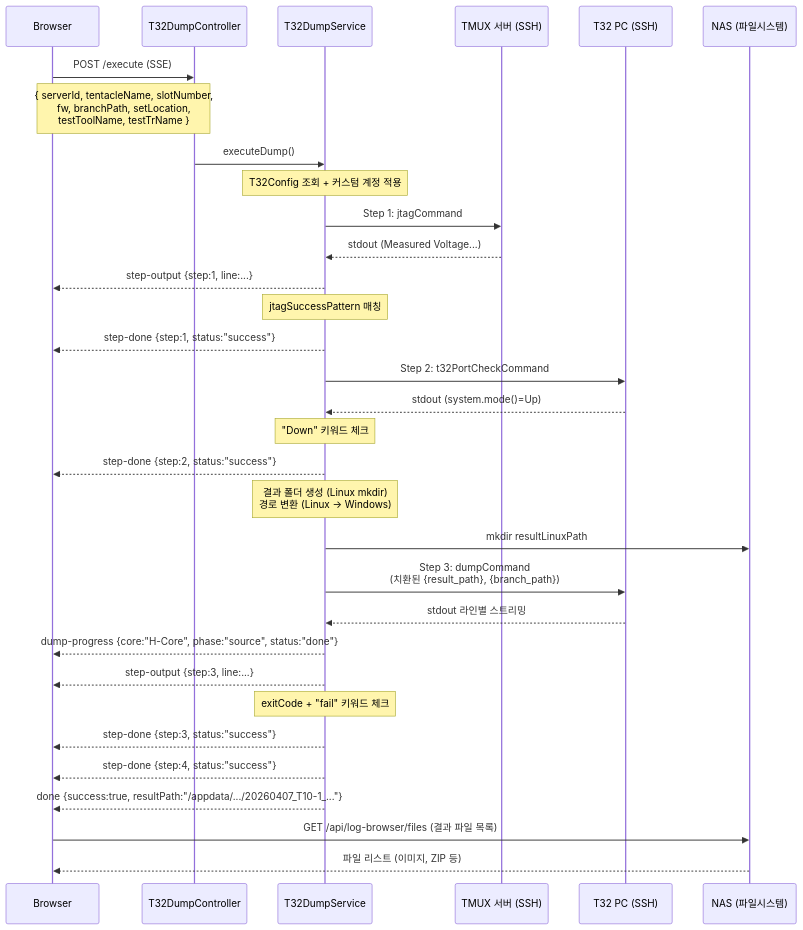
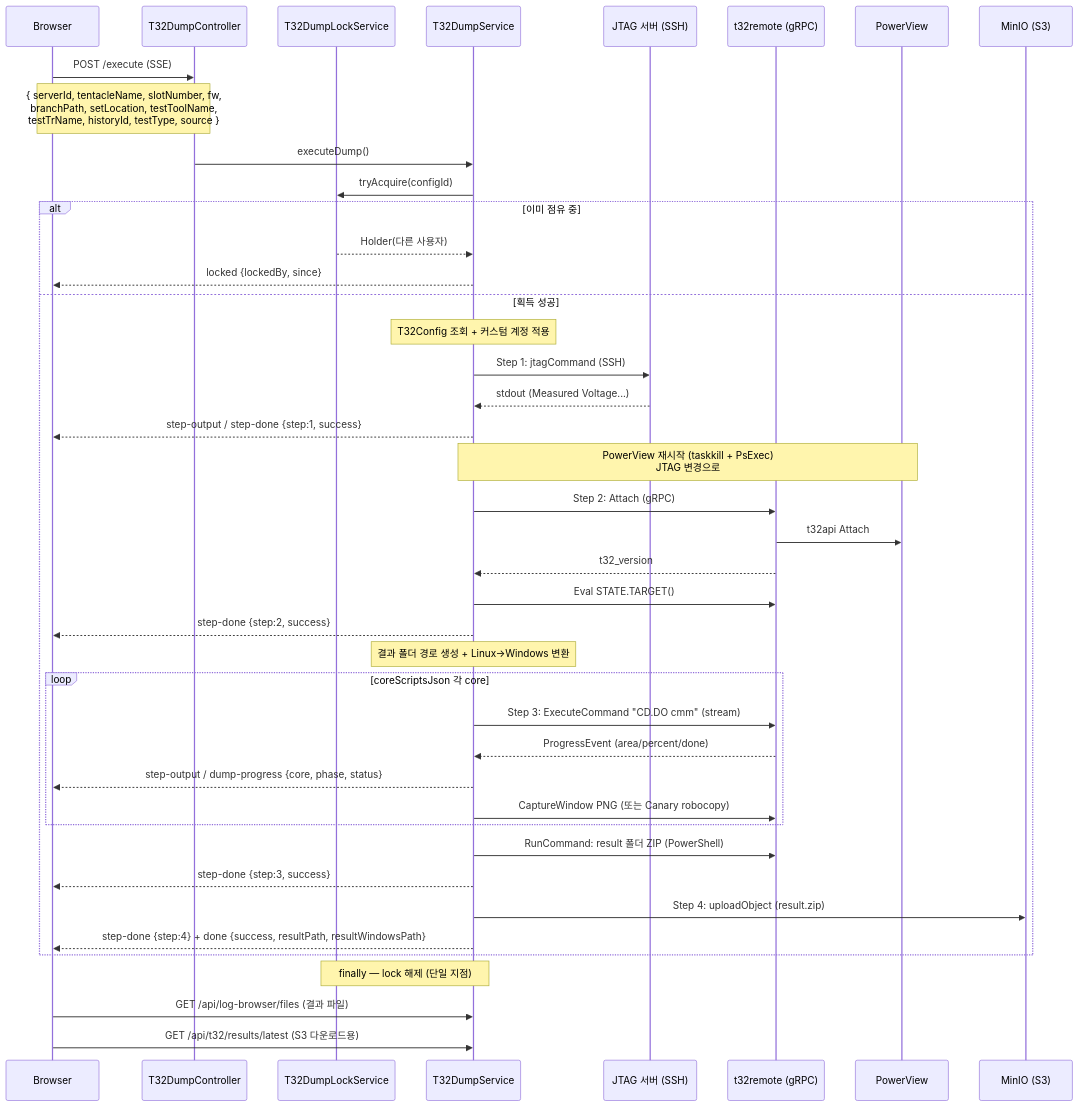
One commit to kakaromo/kakaromo.github.io changed the fourth of 4 diagrams in src/content/docs/architecture/t32-dump.md. Above: the diagram before and after it, drawn with Mermaid. The commit also changed other lines of this file and 2 other files, not shown here.

First line of the commit message:
docs: T32 비-learn 문서 3종 현행화 (gRPC 5-Step + lock + MinIO)

````diff
--- a/src/content/docs/architecture/t32-dump.md
+++ b/src/content/docs/architecture/t32-dump.md
@@ -176,42 +251,53 @@
 ```mermaid
 sequenceDiagram
     participant B as Browser
     participant C as T32DumpController
+    participant L as T32DumpLockService
     participant S as T32DumpService
-    participant TMUX as TMUX 서버 (SSH)
-    participant T32 as T32 PC (SSH)
-    participant NAS as NAS (파일시스템)
+    participant J as JTAG 서버 (SSH)
+    participant R as t32remote (gRPC)
+    participant PV as PowerView
+    participant M as MinIO (S3)
 
     B->>C: POST /execute (SSE)
-    Note over B,C: { serverId, tentacleName, slotNumber,<br/>fw, branchPath, setLocation,<br/>testToolName, testTrName }
+    Note over B,C: { serverId, tentacleName, slotNumber, fw,<br/>branchPath, setLocation, testToolName,<br/>testTrName, historyId, testType, source }
     C->>S: executeDump()
 
-    Note over S: T32Config 조회 + 커스텀 계정 적용
+    S->>L: tryAcquire(configId)
+    alt 이미 점유 중
+        L-->>S: Holder(다른 사용자)
+        S-->>B: locked {lockedBy, since}
+    else 획득 성공
+        Note over S: T32Config 조회 + 커스텀 계정 적용
 
-    S->>TMUX: Step 1: jtagCommand
-    TMUX-->>S: stdout (Measured Voltage...)
-    S-->>B: step-output {step:1, line:...}
-    Note over S: jtagSuccessPattern 매칭
-    S-->>B: step-done {step:1, status:"success"}
+        S->>J: Step 1: jtagCommand (SSH)
+        J-->>S: stdout (Measured Voltage...)
+        S-->>B: step-output / step-done {step:1, success}
 
-    S->>T32: Step 2: t32PortCheckCommand
-    T32-->>S: stdout (system.mode()=Up)
-    Note over S: "Down" 키워드 체크
-    S-->>B: step-done {step:2, status:"success"}
+        Note over S,PV: PowerView 재시작 (taskkill + PsExec)<br/>JTAG 변경으로 #FF 방지
 
-    Note over S: 결과 폴더 생성 (Linux mkdir)<br/>경로 변환 (Linux → Windows)
+        S->>R: Step 2: Attach (gRPC)
+        R->>PV: t32api Attach
+        R-->>S: t32_version
+        S->>R: Eval STATE.TARGET()
+        S-->>B: step-done {step:2, success}
 
-    S->>NAS: mkdir resultLinuxPath
-    S->>T32: Step 3: dumpCommand<br/>(치환된 {result_path}, {branch_path})
-    T32-->>S: stdout 라인별 스트리밍
-    S-->>B: dump-progress {core:"H-Core", phase:"source", status:"done"}
-    S-->>B: step-output {step:3, line:...}
-    Note over S: exitCode + "fail" 키워드 체크
-    S-->>B: step-done {step:3, status:"success"}
+        Note over S: 결과 폴더 경로 생성 + Linux→Windows 변환
 
-    S-->>B: step-done {step:4, status:"success"}
-    S-->>B: done {success:true, resultPath:"/appdata/.../20260407_T10-1_..."}
+        loop coreScriptsJson 각 core
+            S->>R: Step 3: ExecuteCommand "CD.DO cmm" (stream)
+            R-->>S: ProgressEvent (area/percent/done)
+            S-->>B: step-output / dump-progress {core, phase, status}
+            S->>R: CaptureWindow PNG (또는 Canary robocopy)
+        end
+        S->>R: RunCommand: result 폴더 ZIP (PowerShell)
+        S-->>B: step-done {step:3, success}
 
-    B->>NAS: GET /api/log-browser/files (결과 파일 목록)
-    NAS-->>B: 파일 리스트 (이미지, ZIP 등)
+        S->>M: Step 4: uploadObject (result.zip)
+        S-->>B: step-done {step:4} + done {success, resultPath, resultWindowsPath}
+    end
+
+    Note over S,L: finally — lock 해제 (단일 지점)
+    B->>S: GET /api/log-browser/files (결과 파일)
+    B->>S: GET /api/t32/results/latest (S3 다운로드용)
 ```
````
